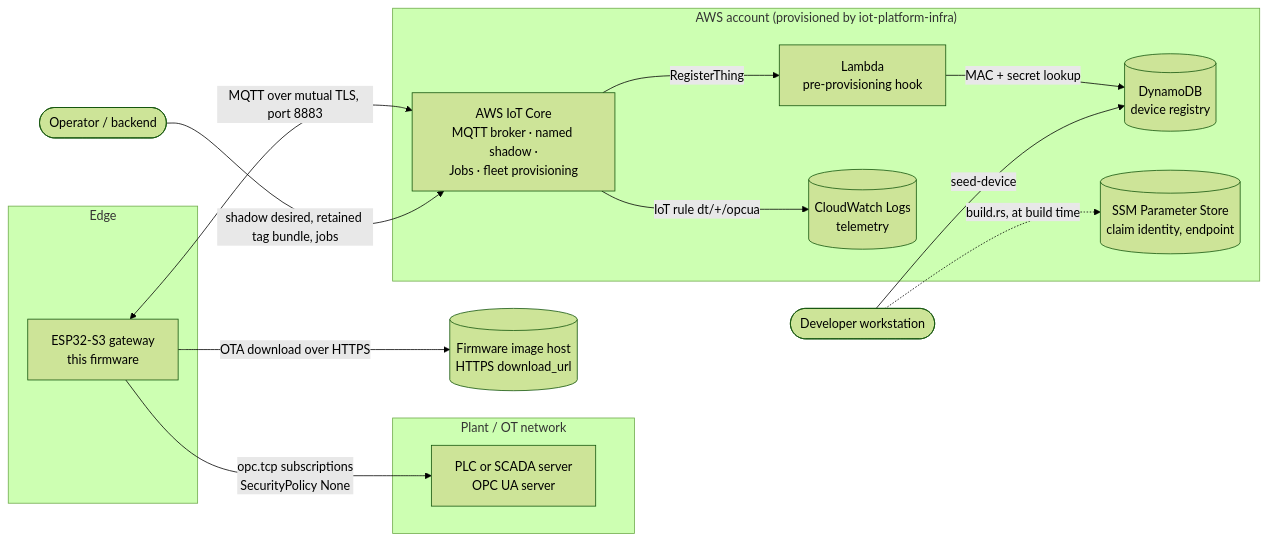
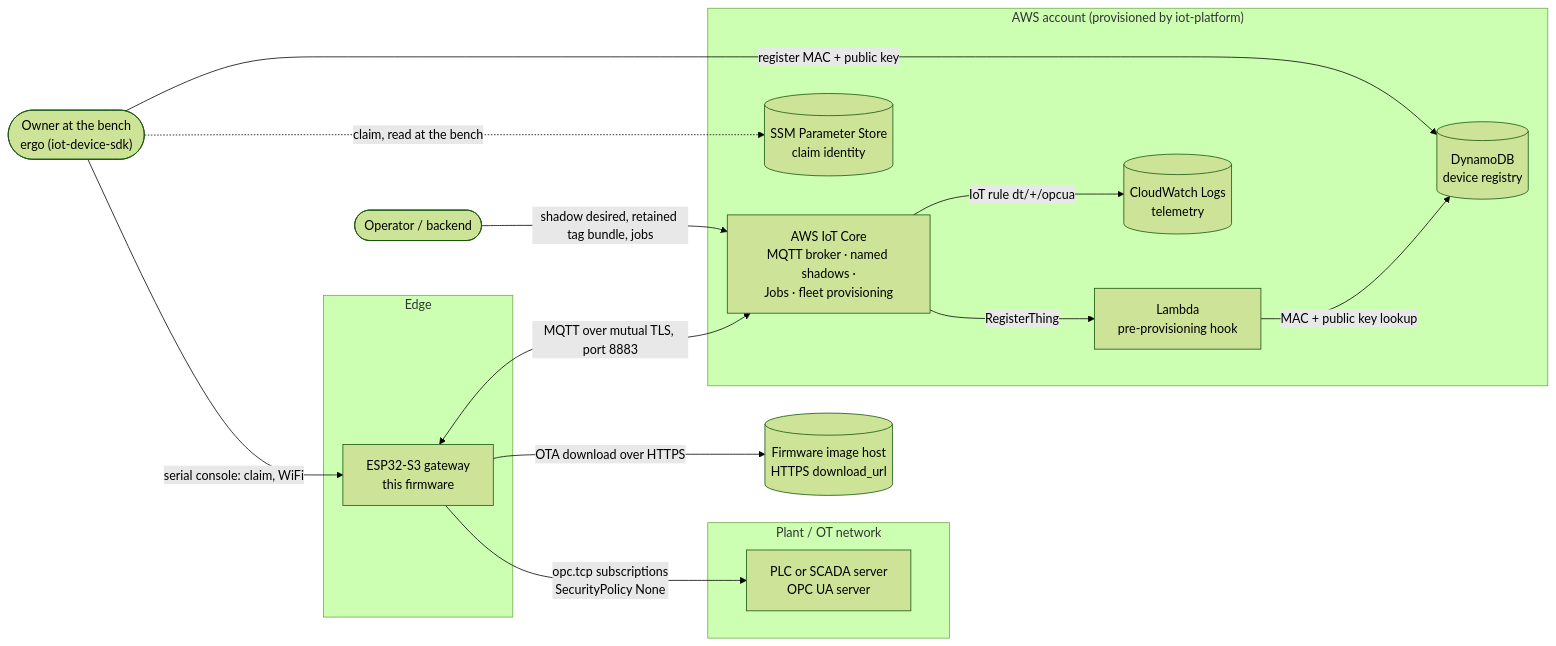
One commit to ergousha/esp32-opcua-gateway-rust changed the first of 10 diagrams in README.md. Above: the diagram before and after it, drawn with Mermaid (forest theme). The commit also changed other lines of this file and 37 other files, not shown here.

First line of the commit message:
feat: move the cloud link onto the platform device SDK; transitional WiFi move

````diff
--- a/README.md
+++ b/README.md
@@ -40,32 +49,33 @@
 ```mermaid
 flowchart LR
     subgraph plant["Plant / OT network"]
         plc["PLC or SCADA server<br/>OPC UA server"]
     end
 
     subgraph edge["Edge"]
         gw["ESP32-S3 gateway<br/>this firmware"]
     end
 
-    subgraph aws["AWS account (provisioned by iot-platform-infra)"]
-        iot["AWS IoT Core<br/>MQTT broker · named shadow ·<br/>Jobs · fleet provisioning"]
+    subgraph aws["AWS account (provisioned by iot-platform)"]
+        iot["AWS IoT Core<br/>MQTT broker · named shadows ·<br/>Jobs · fleet provisioning"]
         hook["Lambda<br/>pre-provisioning hook"]
         ddb[("DynamoDB<br/>device registry")]
         cw[("CloudWatch Logs<br/>telemetry")]
-        ssm[("SSM Parameter Store<br/>claim identity, endpoint")]
+        ssm[("SSM Parameter Store<br/>claim identity")]
     end
 
     img[("Firmware image host<br/>HTTPS download_url")]
     backend(["Operator / backend"])
-    dev(["Developer workstation"])
+    dev(["Owner at the bench<br/>ergo (iot-device-sdk)"])
 
     gw -->|"opc.tcp subscriptions<br/>SecurityPolicy None"| plc
     gw <-->|"MQTT over mutual TLS, port 8883"| iot
     gw -->|"OTA download over HTTPS"| img
     iot -->|"RegisterThing"| hook
-    hook -->|"MAC + secret lookup"| ddb
+    hook -->|"MAC + public key lookup"| ddb
     iot -->|"IoT rule dt/+/opcua"| cw
     backend -->|"shadow desired, retained tag bundle, jobs"| iot
-    dev -->|"seed-device"| ddb
-    dev -.->|"build.rs, at build time"| ssm
+    dev -->|"register MAC + public key"| ddb
+    dev -.->|"claim, read at the bench"| ssm
+    dev -->|"serial console: claim, WiFi"| gw
 ```
````
